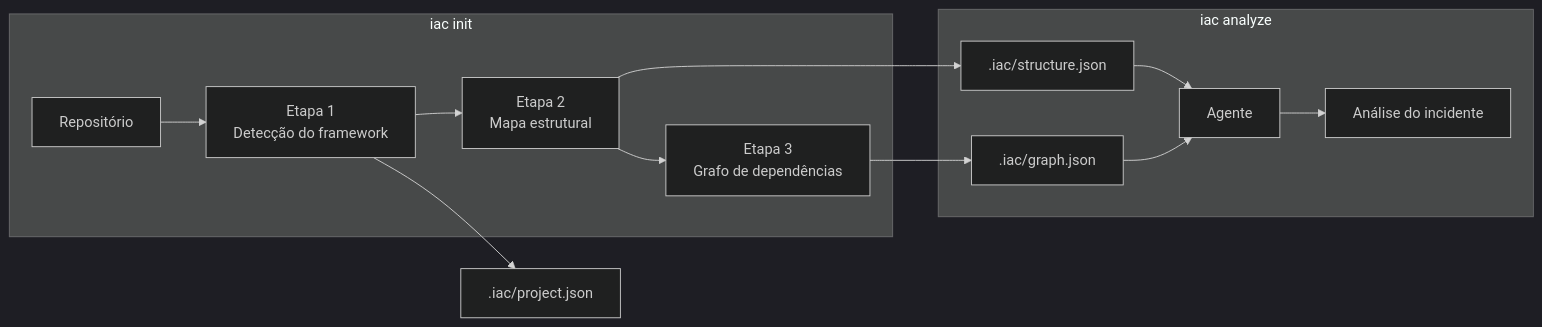
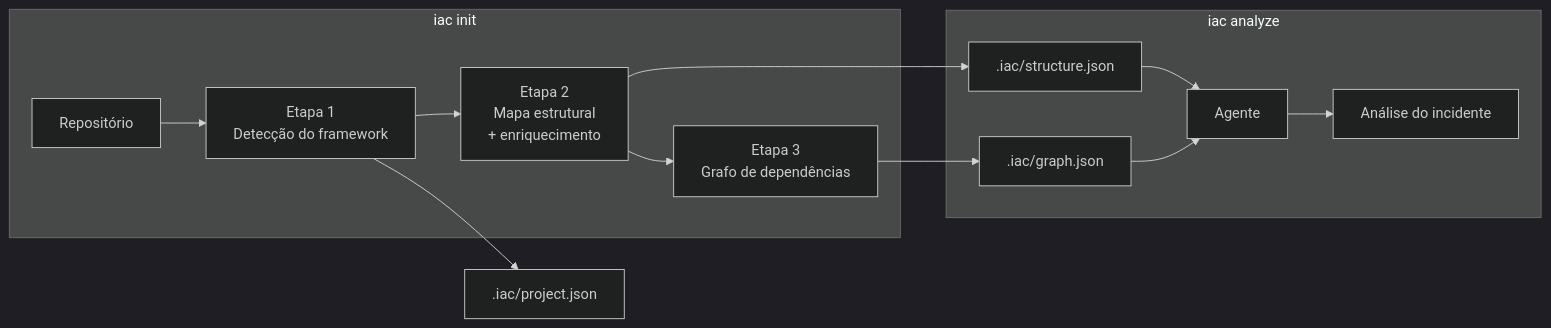
The first of 7 diagrams in docs/inspection-strategy.md (jailtoncarlos/incident-analyst-agent), drawn with Mermaid (dark theme) before and after one commit. The commit also changed other lines of this file, not shown here.

````diff
--- a/docs/inspection-strategy.md
+++ b/docs/inspection-strategy.md
@@ -7,18 +7,18 @@
 ```mermaid
 flowchart LR
     subgraph "iac init"
         A[Repositório] --> B[Etapa 1\nDetecção do framework]
-        B --> C[Etapa 2\nMapa estrutural]
+        B --> C[Etapa 2\nMapa estrutural\n+ enriquecimento]
         C --> D[Etapa 3\nGrafo de dependências]
     end
 
     B --> P[".iac/project.json"]
     C --> S[".iac/structure.json"]
     D --> G[".iac/graph.json"]
 
     subgraph "iac analyze"
         S --> AG[Agente]
         G --> AG
         AG --> R[Análise do incidente]
     end
 ```
````
